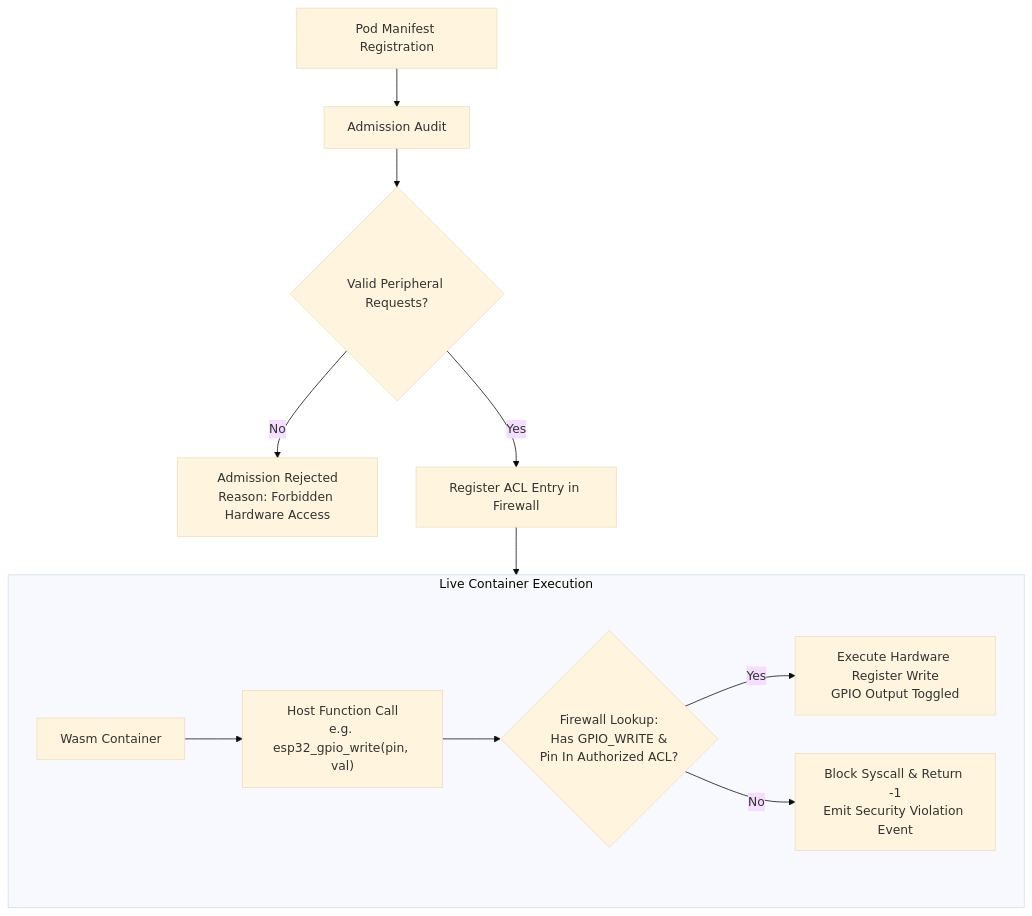
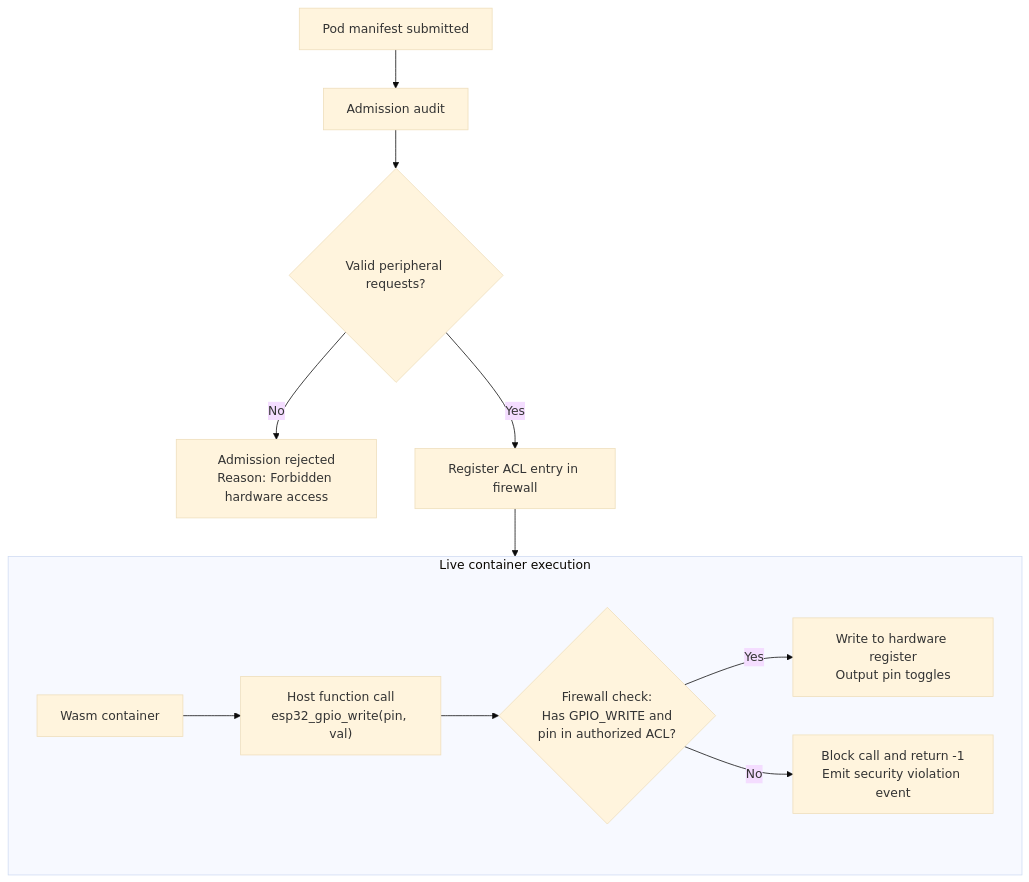
One commit to arterialist/kube32 changed the diagram in docs/architecture/capability-firewall.md. Above: the diagram before and after it, drawn with Mermaid (base theme). The commit also changed other lines of this file and 16 other files, not shown here.

````diff
--- a/docs/architecture/capability-firewall.md
+++ b/docs/architecture/capability-firewall.md
@@ -50,16 +52,16 @@
 ```mermaid
 graph TD
-    POD["Pod Manifest Registration"] --> AUDIT["Admission Audit"]
-    AUDIT --> PASS{"Valid Peripheral Requests?"}
-    PASS -->|No| REJ["Admission Rejected<br/>Reason: Forbidden Hardware Access"]
-    PASS -->|Yes| REG["Register ACL Entry in Firewall"]
+    POD["Pod manifest submitted"] --> AUDIT["Admission audit"]
+    AUDIT --> PASS{"Valid peripheral requests?"}
+    PASS -->|No| REJ["Admission rejected<br/>Reason: Forbidden hardware access"]
+    PASS -->|Yes| REG["Register ACL entry in firewall"]
 
-    subgraph Runtime["Live Container Execution"]
-        GUEST["Wasm Container"] --> CALL["Host Function Call<br/>e.g. esp32_gpio_write(pin, val)"]
-        CALL --> FW{"Firewall Lookup:<br/>Has GPIO_WRITE &amp;<br/>Pin In Authorized ACL?"}
-        FW -->|Yes| OK["Execute Hardware Register Write<br/>GPIO Output Toggled"]
-        FW -->|No| BLOCK["Block Syscall &amp; Return -1<br/>Emit Security Violation Event"]
+    subgraph Runtime["Live container execution"]
+        GUEST["Wasm container"] --> CALL["Host function call<br/>esp32_gpio_write(pin, val)"]
+        CALL --> FW{"Firewall check:<br/>Has GPIO_WRITE and<br/>pin in authorized ACL?"}
+        FW -->|Yes| OK["Write to hardware register<br/>Output pin toggles"]
+        FW -->|No| BLOCK["Block call and return -1<br/>Emit security violation event"]
     end
 
     REG --> Runtime
 ```
````
